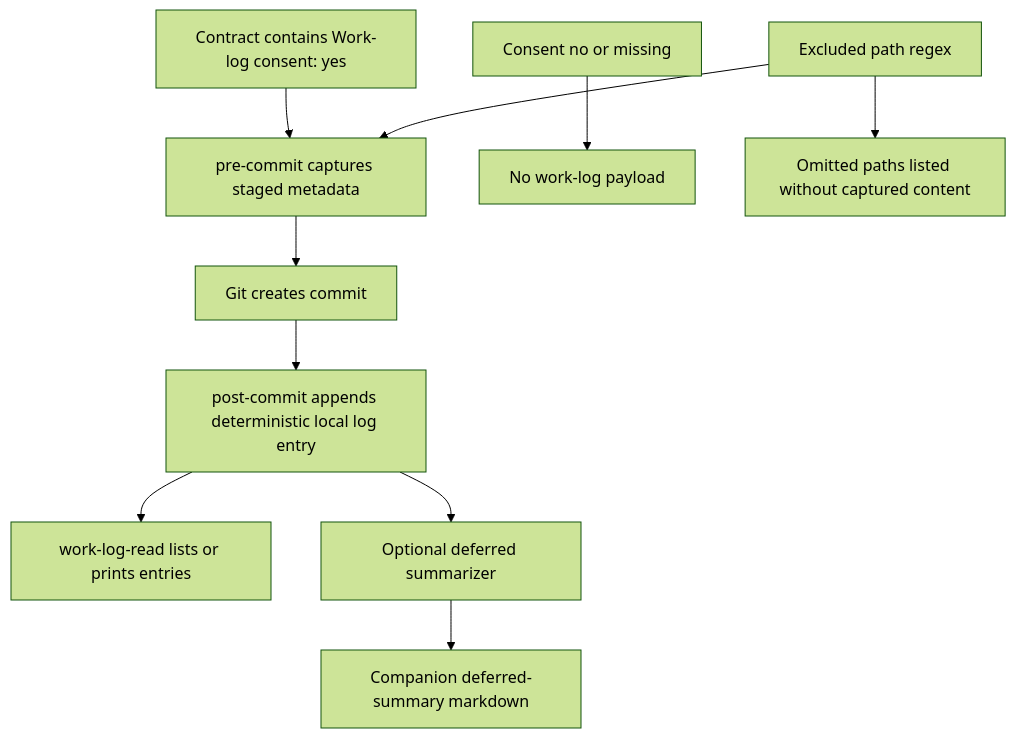
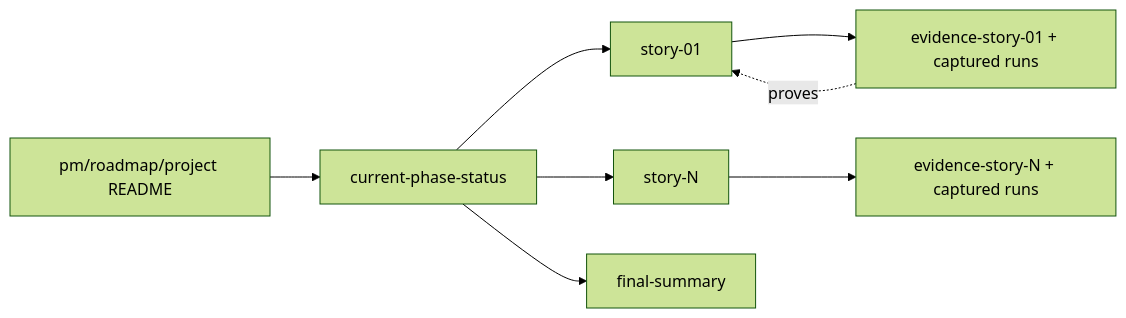
One commit to karolswdev/delivery-workbench changed the second of 2 diagrams in README.md. Above: the diagram before and after it, drawn with Mermaid (forest theme). The commit also changed other lines of this file and 3 other files, not shown here.

````diff
--- a/README.md
+++ b/README.md
@@ -153,13 +78,10 @@
 ```mermaid
-flowchart TD
-  A[Contract contains Work-log consent: yes] --> B[pre-commit captures staged metadata]
-  B --> C[Git creates commit]
-  C --> D[post-commit appends deterministic local log entry]
-  D --> E[work-log-read lists or prints entries]
-  D --> F[Optional deferred summarizer]
-  F --> G[Companion deferred-summary markdown]
-
-  X[Consent no or missing] --> Y[No work-log payload]
-  Z[Excluded path regex] --> B
-  Z --> O[Omitted paths listed without captured content]
+flowchart LR
+  R[pm/roadmap/project README] --> P[current-phase-status]
+  P --> S1[story-01]
+  P --> S2[story-N]
+  S1 --> E1[evidence-story-01 + captured runs]
+  S2 --> E2[evidence-story-N + captured runs]
+  P --> F[final-summary]
+  E1 -.proves.-> S1
 ```
````
